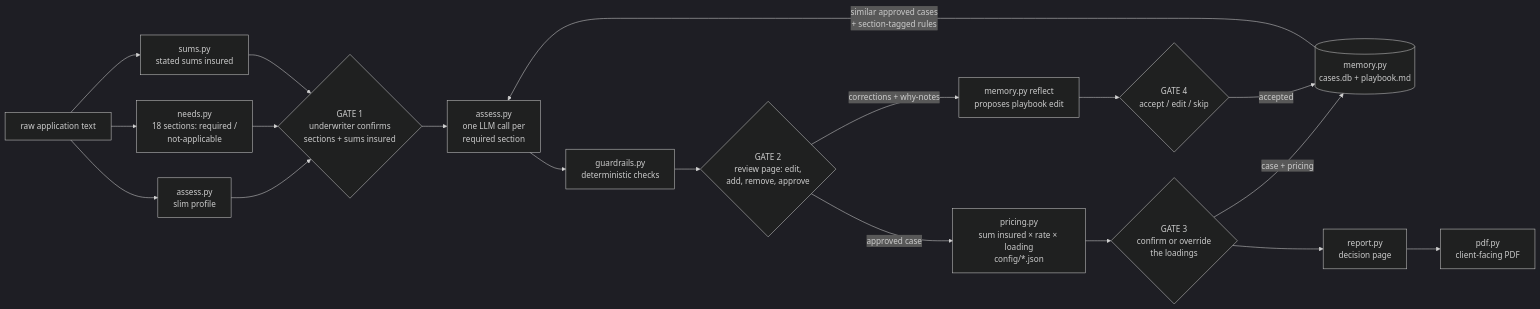
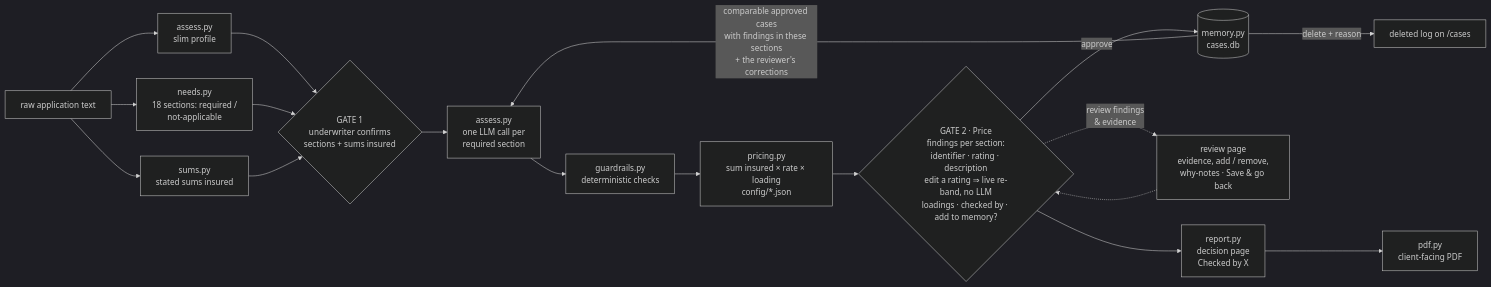
Before and after one commit to GoldenWind8/converge-underwriting: the first of 2 diagrams in docs/ARCHITECTURE.md, drawn with Mermaid (dark theme). The commit also changed other lines of this file and 40 other files, not shown here.

First line of the commit message:
Make Price the approval gate; retire the playbook and demo-only files

````diff
--- a/docs/ARCHITECTURE.md
+++ b/docs/ARCHITECTURE.md
@@ -9,20 +9,19 @@
 ```mermaid
 flowchart LR
     A[raw application text] --> P[assess.py<br/>slim profile]
     A --> N[needs.py<br/>18 sections: required /<br/>not-applicable]
     A --> SI[sums.py<br/>stated sums insured]
     P --> G1{GATE 1<br/>underwriter confirms<br/>sections + sums insured}
     N --> G1
     SI --> G1
     G1 --> B[assess.py<br/>one LLM call per<br/>required section]
-    M[(memory.py<br/>cases.db + playbook.md)] -->|similar approved cases<br/>+ section-tagged rules| B
+    M[(memory.py<br/>cases.db)] -->|comparable approved cases<br/>with findings in these sections<br/>+ the reviewer's corrections| B
     B --> C[guardrails.py<br/>deterministic checks]
-    C --> G2{GATE 2<br/>review page: edit,<br/>add, remove, approve}
-    G2 -->|approved case| PR[pricing.py<br/>sum insured × rate × loading<br/>config/*.json]
-    PR --> G3{GATE 3<br/>confirm or override<br/>the loadings}
-    G3 -->|case + pricing| M
-    G3 --> E[report.py<br/>decision page] --> PDF[pdf.py<br/>client-facing PDF]
-    G2 -->|corrections + why-notes| R[memory.py reflect<br/>proposes playbook edit]
-    R --> G4{GATE 4<br/>accept / edit / skip}
-    G4 -->|accepted| M
+    C --> PR[pricing.py<br/>sum insured × rate × loading<br/>config/*.json]
+    PR --> G2{GATE 2 · Price<br/>findings per section:<br/>identifier · rating · description<br/>edit a rating ⇒ live re-band, no LLM<br/>loadings · checked by · add to memory?}
+    G2 -.->|review findings<br/>& evidence| R[review page<br/>evidence, add / remove,<br/>why-notes · Save & go back]
+    R -.-> G2
+    G2 -->|approve| M
+    G2 --> E[report.py<br/>decision page<br/>Checked by X] --> PDF[pdf.py<br/>client-facing PDF]
+    M -->|delete + reason| H[deleted log on /cases]
 ```
````
